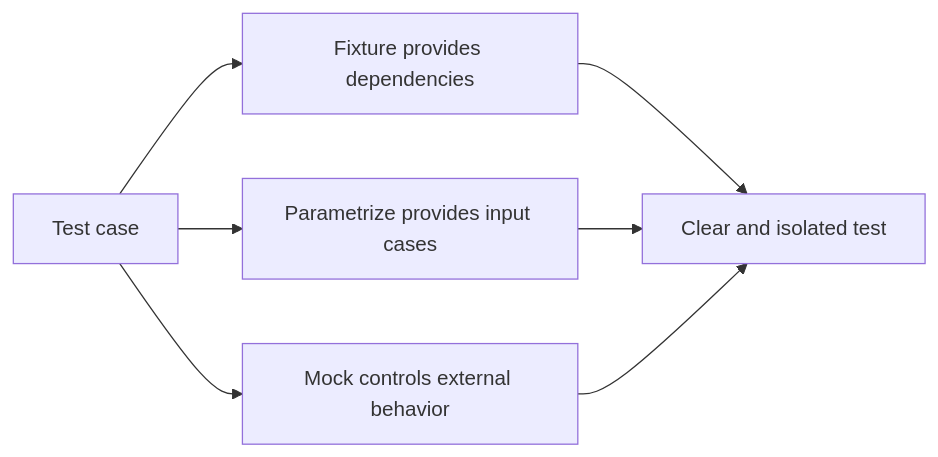
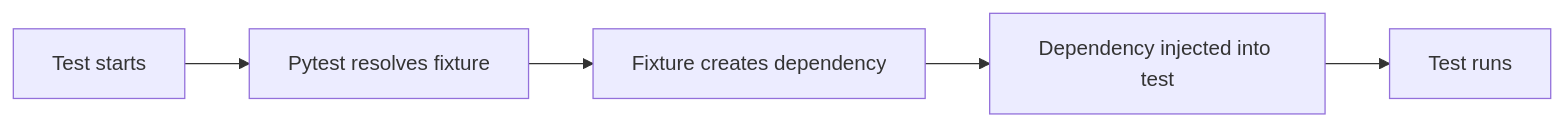
One commit to AvadhBhalodiya/Interview-Preparation changed the second of 7 diagrams in src/content/testing/pytest-fixtures-parametrize-mock.md. Above: the diagram before and after it, drawn with Mermaid. The commit also changed other lines of this file and 54 other files, not shown here.

````diff
--- a/src/content/testing/pytest-fixtures-parametrize-mock.md
+++ b/src/content/testing/pytest-fixtures-parametrize-mock.md
@@ -56,9 +73,7 @@
 ```mermaid
 flowchart LR
-    A[Test case] --> B[Fixture provides dependencies]
-    A --> C[Parametrize provides input cases]
-    A --> D[Mock controls external behavior]
-    B --> E[Clear and isolated test]
-    C --> E
-    D --> E
+    A[Test starts] --> B[Pytest resolves fixture]
+    B --> C[Fixture creates dependency]
+    C --> D[Dependency injected into test]
+    D --> E[Test runs]
 ```
````
